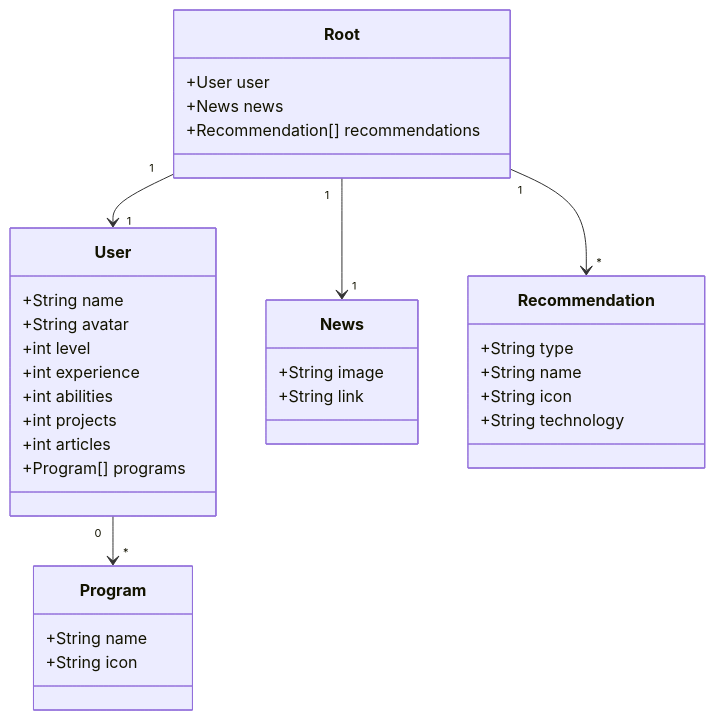
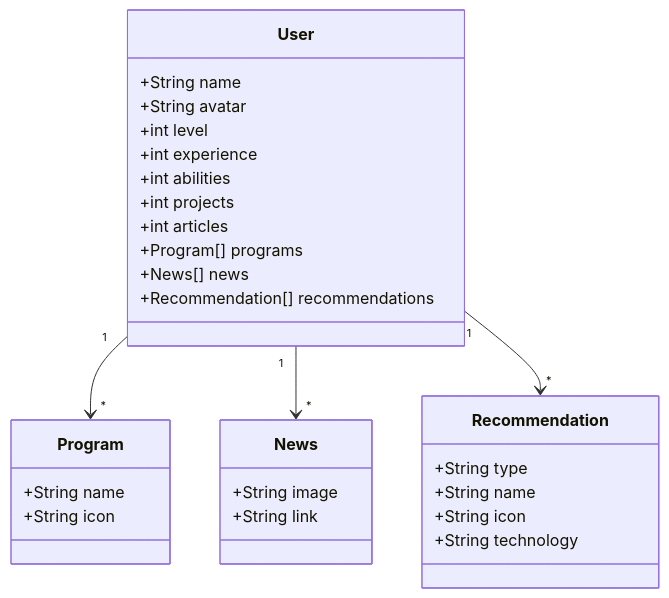
Before and after one commit to guilherme-hap/deal-rest-api: the diagram in README.md, drawn with Mermaid.

````diff
--- a/README.md
+++ b/README.md
@@ -6,41 +6,36 @@
 ```mermaid
 classDiagram
     class User {
         +String name
         +String avatar
         +int level
         +int experience
         +int abilities
         +int projects
         +int articles
         +Program[] programs
+        +News[] news
+        +Recommendation[] recommendations
     }
 
     class Program {
         +String name
         +String icon
     }
 
     class News {
         +String image
         +String link
     }
 
     class Recommendation {
         +String type
         +String name
         +String icon
         +String technology
     }
 
-    class Root {
-        +User user
-        +News news
-        +Recommendation[] recommendations
-    }
-
-    Root "1" --> "1" User
-    Root "1" --> "1" News
-    Root "1" --> "*" Recommendation
-    User "0" --> "*" Program
+    User "1" --> "*" Program
+    User "1" --> "*" News
+    User "1" --> "*" Recommendation
 ``` 
````
